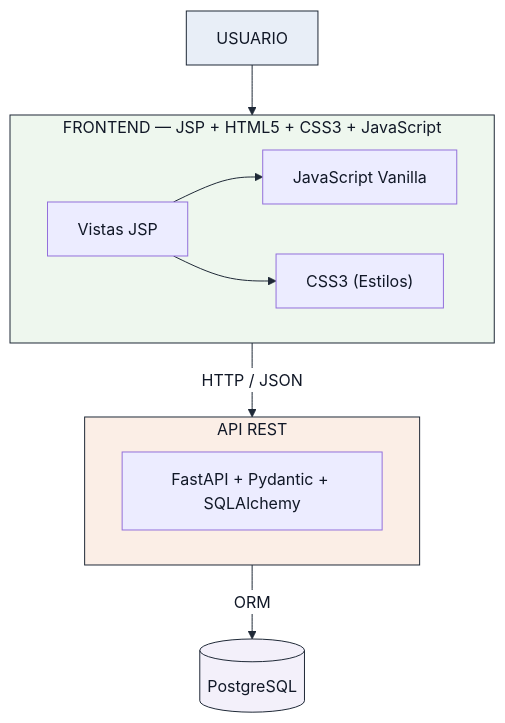
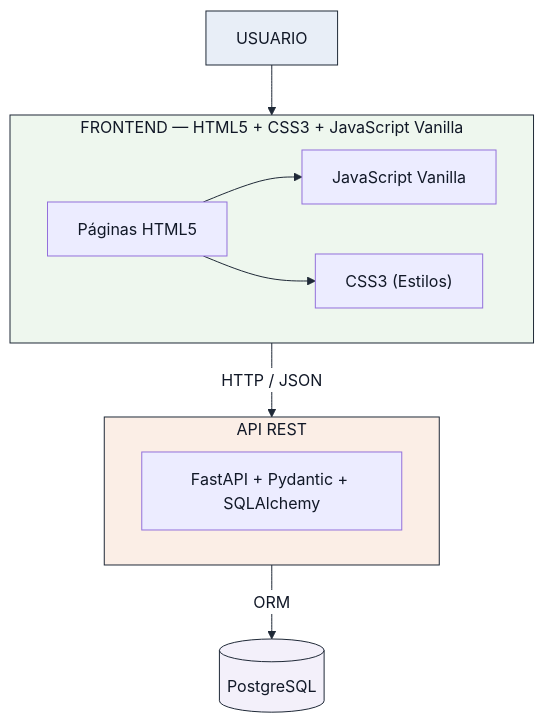
The second of 8 diagrams in docs/arquitectura/estructura-frontend.md (Darksam03/RuralConecta-ProyectoWeb), drawn with Mermaid before and after one commit. The commit also changed other lines of this file and 3 other files, not shown here.

````diff
--- a/docs/arquitectura/estructura-frontend.md
+++ b/docs/arquitectura/estructura-frontend.md
@@ -95,27 +91,27 @@
 ```mermaid
 %%{init: {'themeVariables': {'textColor':'#111827','primaryTextColor':'#111827','primaryColor':'#eef2f7','primaryBorderColor':'#1f2937','lineColor':'#1f2937','secondaryColor':'#eef2f7','tertiaryColor':'#f3f4f6','edgeLabelBackground':'#ffffff'}}}%%
 flowchart TD
     U["USUARIO"]
     U --> F
 
-    subgraph F["FRONTEND — JSP + HTML5 + CSS3 + JavaScript"]
-        UI["Vistas JSP"]
+    subgraph F["FRONTEND — HTML5 + CSS3 + JavaScript Vanilla"]
+        UI["Páginas HTML5"]
         CSS["CSS3 (Estilos)"]
         JS["JavaScript Vanilla"]
         UI --> JS
         UI --> CSS
     end
 
     F -->|"HTTP / JSON"| API
 
     subgraph API["API REST"]
         DRF["FastAPI + Pydantic + SQLAlchemy"]
     end
 
     API -->|"ORM"| DB[("PostgreSQL")]
 
     style U fill:#e8eef7,stroke:#1f2937,color:#111827
     style F fill:#eef7ee,stroke:#1f2937,color:#111827
     style API fill:#fbeee6,stroke:#1f2937,color:#111827
     style DB fill:#f3f0fa,stroke:#1f2937,color:#111827
 ```
````
